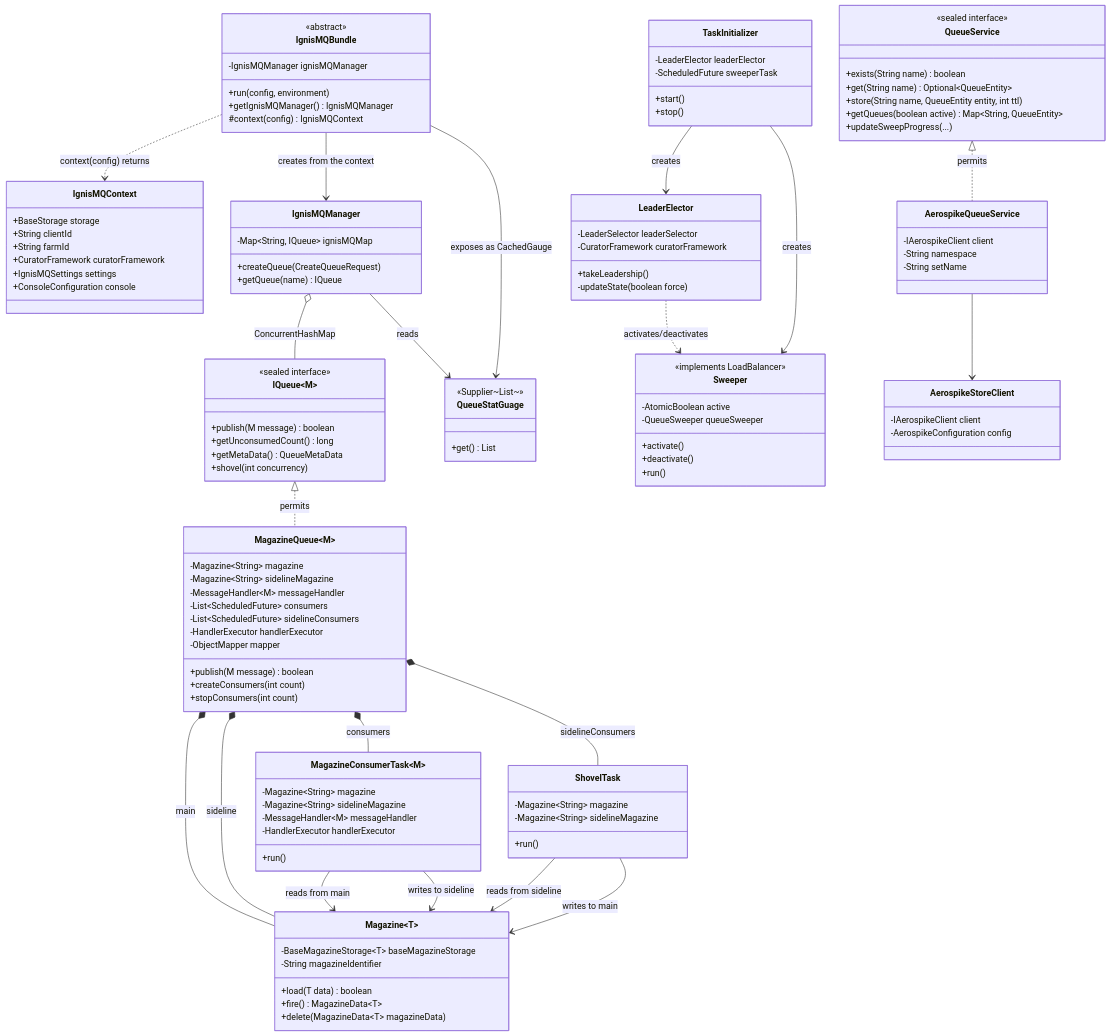
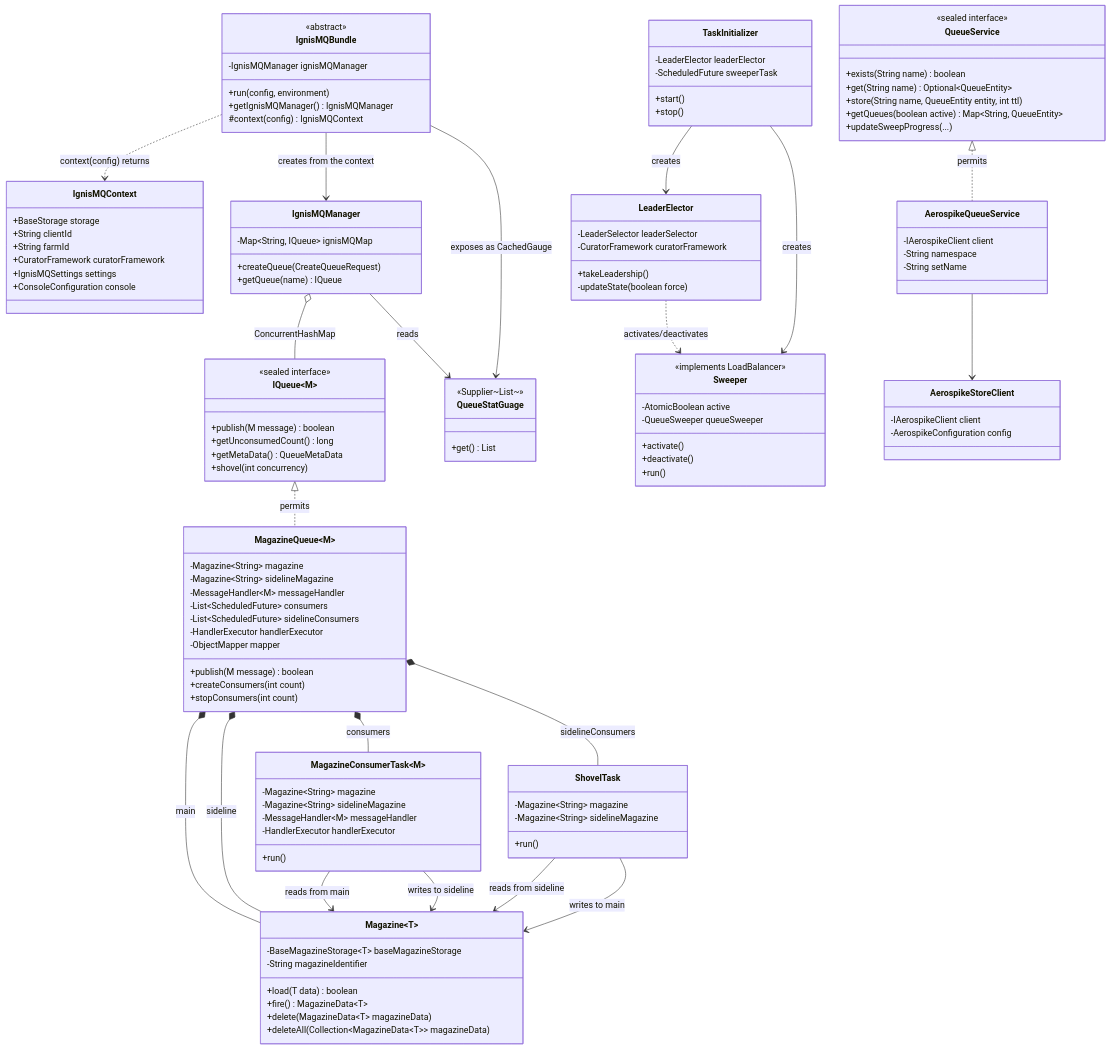
One commit to PhonePe/IgnisMQ changed the second of 10 diagrams in docs/docs/architecture.md. Above: the diagram before and after it, drawn with Mermaid. The commit also changed other lines of this file and 14 other files, not shown here.

Commit message:
Moved to magazine deleteAll + Refactoring

```diff
--- a/docs/docs/architecture.md
+++ b/docs/docs/architecture.md
@@ -118,6 +118,7 @@
         +load(T data) boolean
         +fire() MagazineData~T~
         +delete(MagazineData~T~ magazineData)
+        +deleteAll(Collection~MagazineData~T~~ magazineData)
     }
 
     class MagazineConsumerTask~M~ {
```
